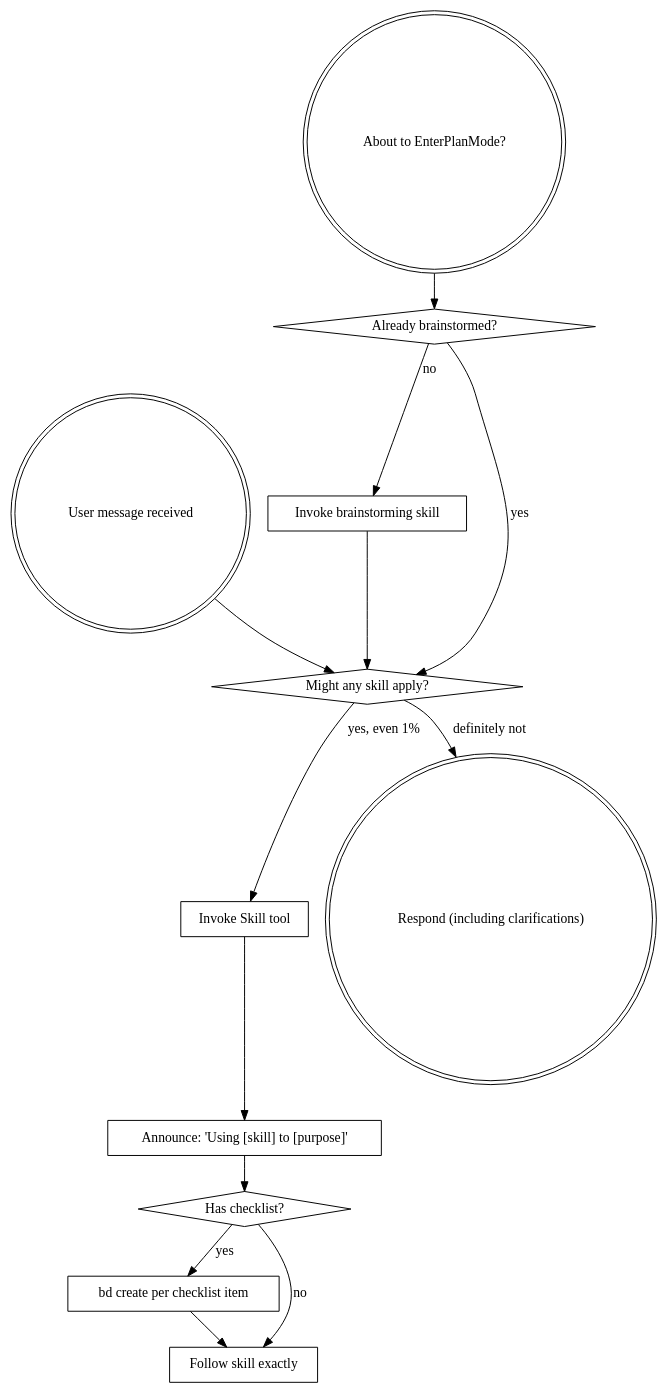
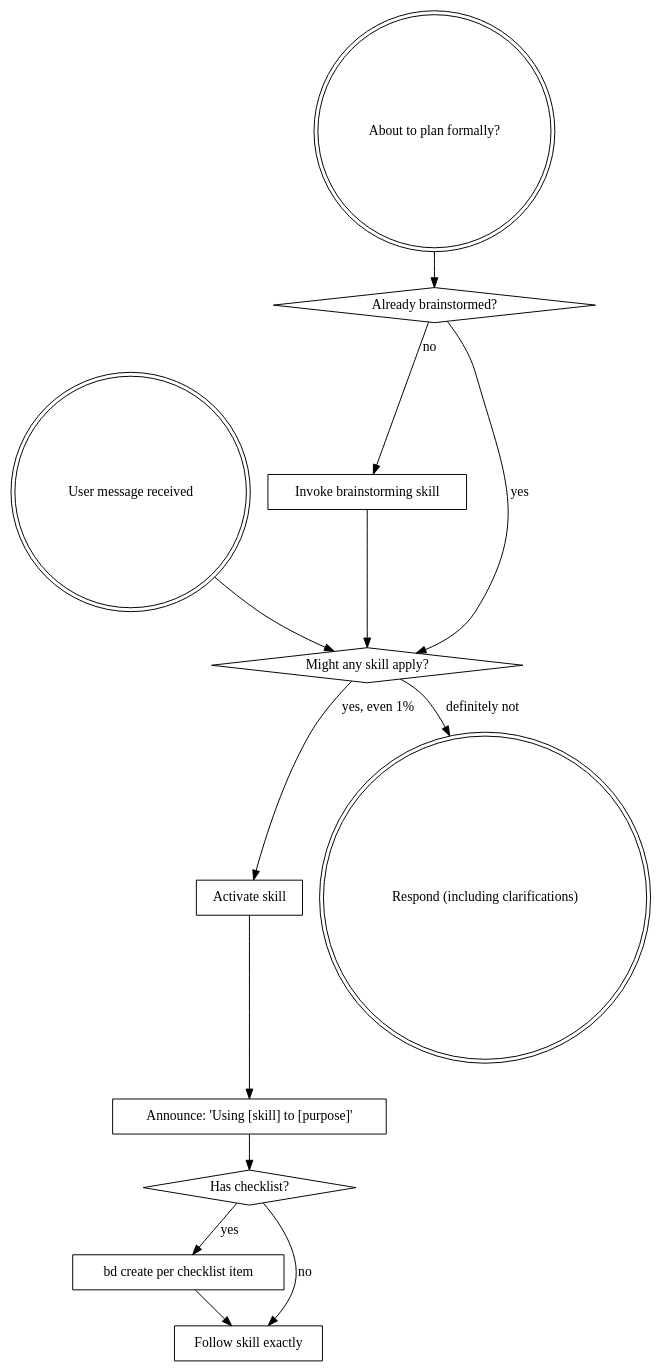
Before and after one commit to jbongaarts/superpowers-beads: the diagram in plugins/superpowers-beads/skills/using-superpowers/SKILL.md, drawn with Graphviz. The commit also changed other lines of this file and 17 other files, not shown here.

````diff
--- a/plugins/superpowers-beads/skills/using-superpowers/SKILL.md
+++ b/plugins/superpowers-beads/skills/using-superpowers/SKILL.md
@@ -49,29 +113,29 @@
 ```dot
 digraph skill_flow {
     "User message received" [shape=doublecircle];
-    "About to EnterPlanMode?" [shape=doublecircle];
+    "About to plan formally?" [shape=doublecircle];
     "Already brainstormed?" [shape=diamond];
     "Invoke brainstorming skill" [shape=box];
     "Might any skill apply?" [shape=diamond];
-    "Invoke Skill tool" [shape=box];
+    "Activate skill" [shape=box];
     "Announce: 'Using [skill] to [purpose]'" [shape=box];
     "Has checklist?" [shape=diamond];
     "bd create per checklist item" [shape=box];
     "Follow skill exactly" [shape=box];
     "Respond (including clarifications)" [shape=doublecircle];
 
-    "About to EnterPlanMode?" -> "Already brainstormed?";
+    "About to plan formally?" -> "Already brainstormed?";
     "Already brainstormed?" -> "Invoke brainstorming skill" [label="no"];
     "Already brainstormed?" -> "Might any skill apply?" [label="yes"];
     "Invoke brainstorming skill" -> "Might any skill apply?";
 
     "User message received" -> "Might any skill apply?";
-    "Might any skill apply?" -> "Invoke Skill tool" [label="yes, even 1%"];
+    "Might any skill apply?" -> "Activate skill" [label="yes, even 1%"];
     "Might any skill apply?" -> "Respond (including clarifications)" [label="definitely not"];
-    "Invoke Skill tool" -> "Announce: 'Using [skill] to [purpose]'";
+    "Activate skill" -> "Announce: 'Using [skill] to [purpose]'";
     "Announce: 'Using [skill] to [purpose]'" -> "Has checklist?";
     "Has checklist?" -> "bd create per checklist item" [label="yes"];
     "Has checklist?" -> "Follow skill exactly" [label="no"];
     "bd create per checklist item" -> "Follow skill exactly";
 }
 ```
````
